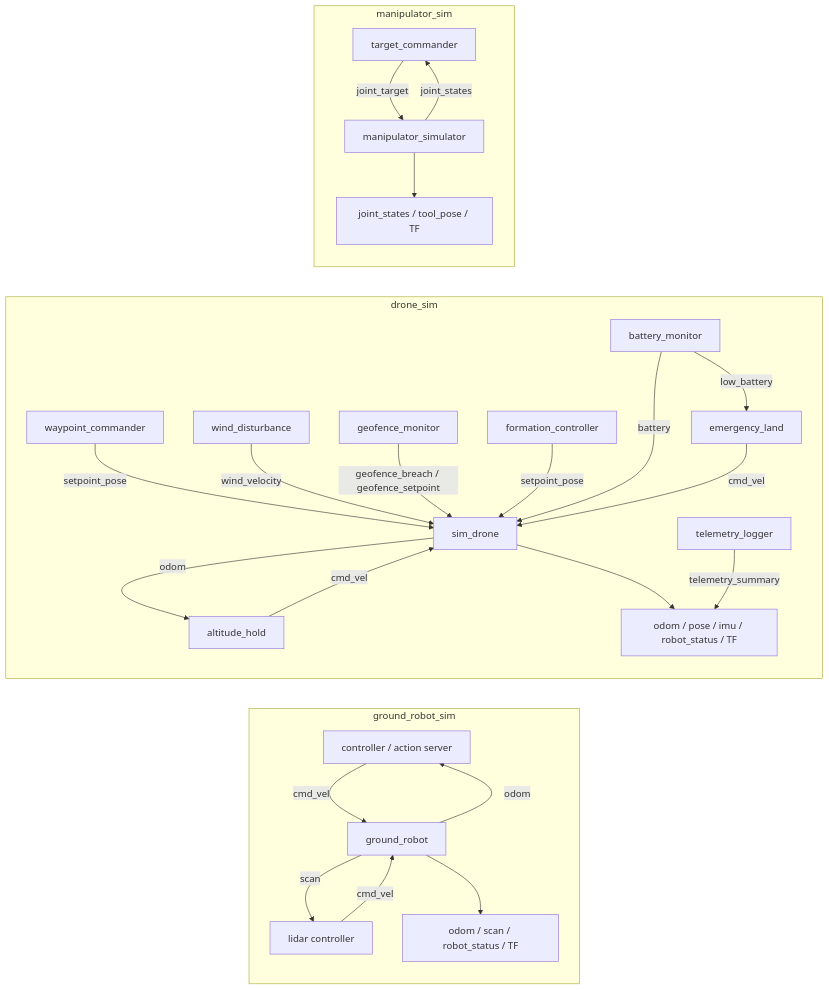
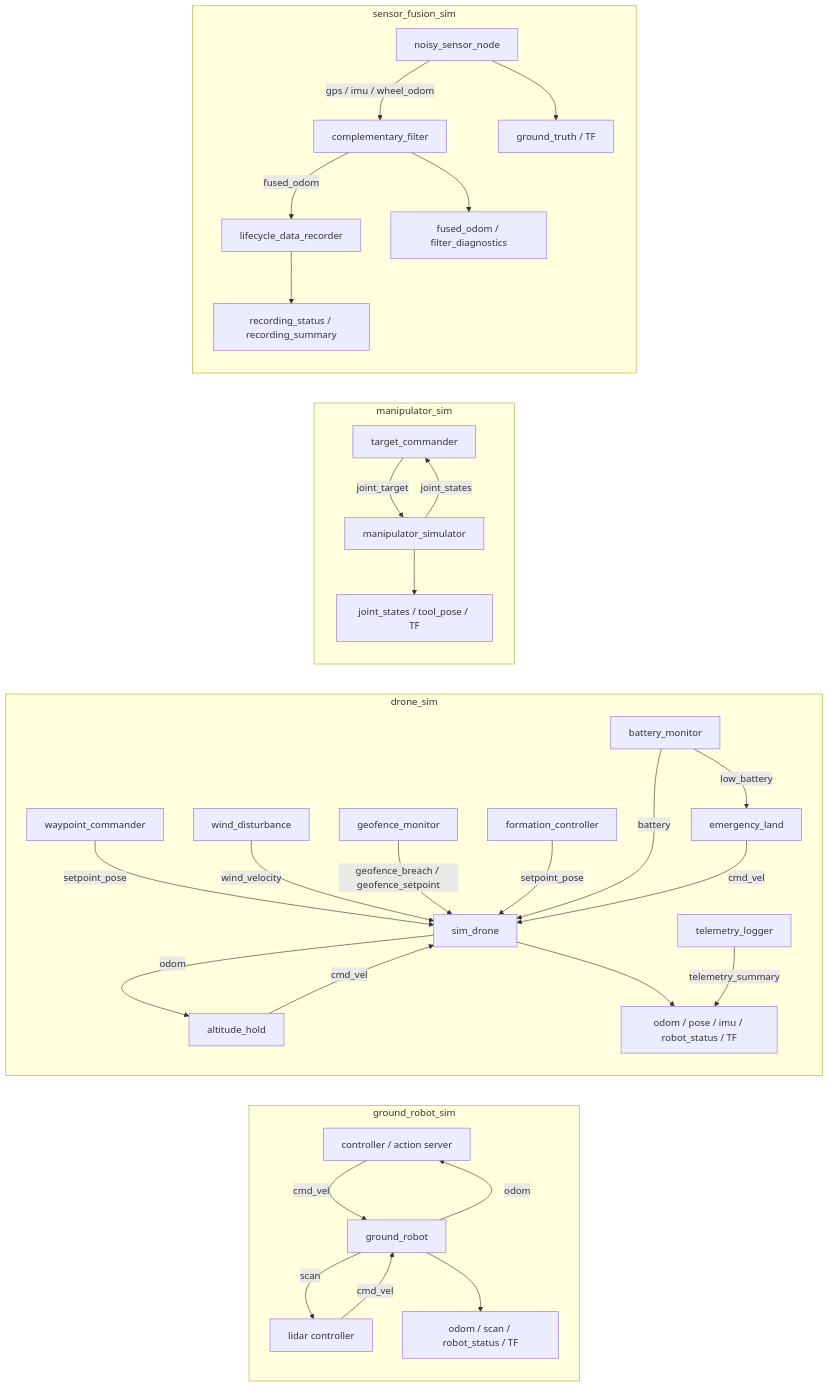
Before and after one commit to sj55576/Ros2Sample: the diagram in docs/implementation_spec.md, drawn with Mermaid. The commit also changed other lines of this file and 4 other files, not shown here.

First line of the commit message:
docs: add sensor_fusion_sim to all documentation

````diff
--- a/docs/implementation_spec.md
+++ b/docs/implementation_spec.md
@@ -18,30 +18,38 @@
 ```mermaid
 flowchart LR
   subgraph Ground["ground_robot_sim"]
     GC["controller / action server"] -->|cmd_vel| GS["ground_robot"]
     GS -->|odom| GC
     GS -->|scan| LC["lidar controller"]
     LC -->|cmd_vel| GS
     GS --> GOUT["odom / scan / robot_status / TF"]
   end
 
   subgraph Drone["drone_sim"]
     WC["waypoint_commander"] -->|setpoint_pose| DS["sim_drone"]
     AH["altitude_hold"] -->|cmd_vel| DS
     DS -->|odom| AH
     DS --> DOUT["odom / pose / imu / robot_status / TF"]
     WD["wind_disturbance"] -->|wind_velocity| DS
     GM["geofence_monitor"] -->|geofence_breach / geofence_setpoint| DS
     TL["telemetry_logger"] -->|telemetry_summary| DOUT
     FC["formation_controller"] -->|setpoint_pose| DS
     BM["battery_monitor"] -->|battery| DS
     BM -->|low_battery| EL["emergency_land"]
     EL -->|cmd_vel| DS
   end
 
   subgraph Arm["manipulator_sim"]
     TC["target_commander"] -->|joint_target| MS["manipulator_simulator"]
     MS -->|joint_states| TC
     MS --> MOUT["joint_states / tool_pose / TF"]
   end
+
+  subgraph Fusion["sensor_fusion_sim"]
+    NS["noisy_sensor_node"] -->|gps / imu / wheel_odom| CF["complementary_filter"]
+    CF -->|fused_odom| LR["lifecycle_data_recorder"]
+    NS --> FOUT["ground_truth / TF"]
+    CF --> FOUT2["fused_odom / filter_diagnostics"]
+    LR --> LOUT["recording_status / recording_summary"]
+  end
 ```
````
